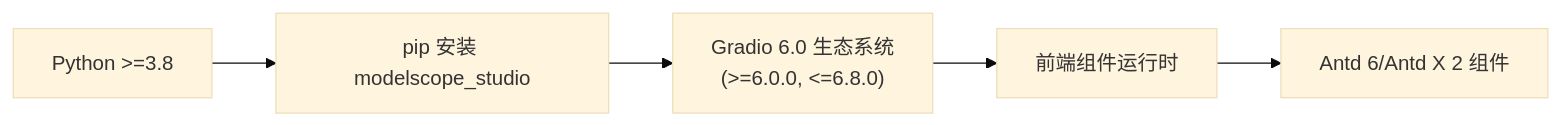
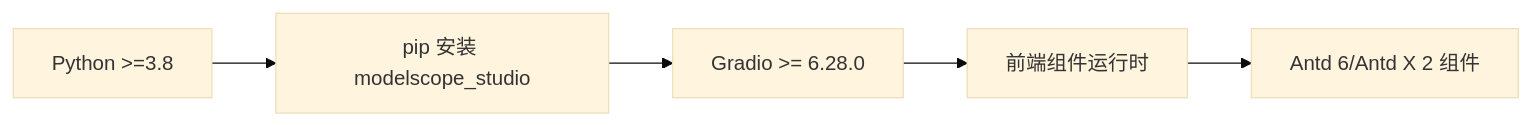
Before and after one commit to modelscope/modelscope-studio: the sixth of 6 diagrams in .wiki/zh/快速开始.md, drawn with Mermaid (base theme). The commit also changed other lines of this file and 13 other files, not shown here.

````diff
--- a/.wiki/zh/快速开始.md
+++ b/.wiki/zh/快速开始.md
@@ -271,7 +271,7 @@
 ```mermaid
 graph LR
 PyVer["Python >=3.8"] --> Install["pip 安装 modelscope_studio"]
-Install --> Gradio["Gradio 6.0 生态系统<br/>(>=6.0.0, <=6.8.0)"]
+Install --> Gradio["Gradio >= 6.28.0"]
 Gradio --> Front["前端组件运行时"]
 Front --> Antd["Antd 6/Antd X 2 组件"]
 ```
````
